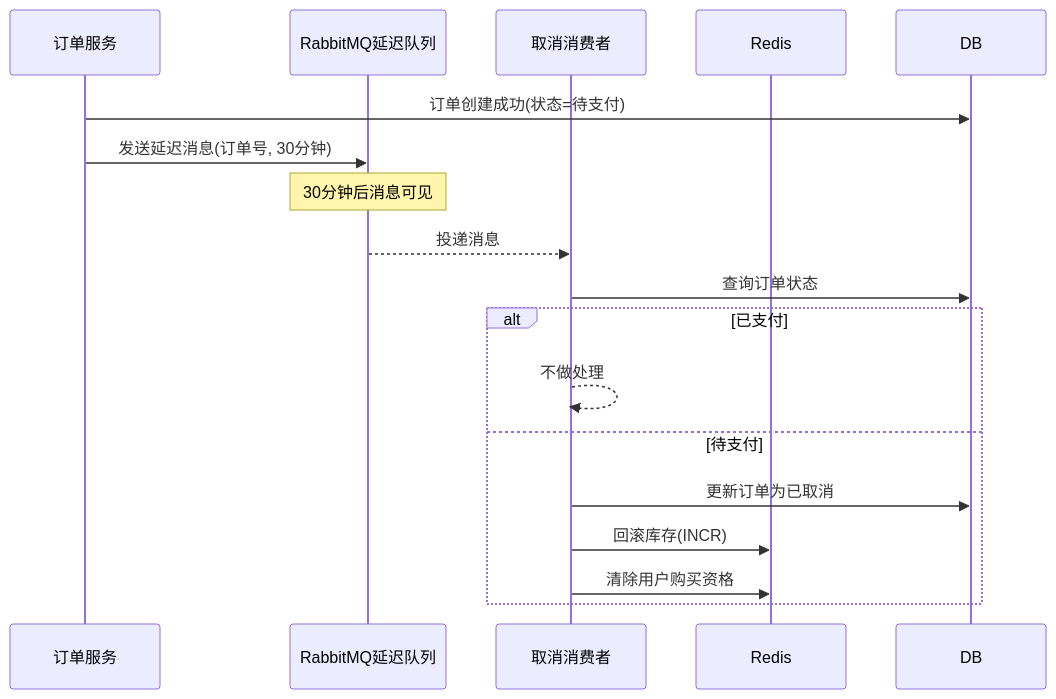
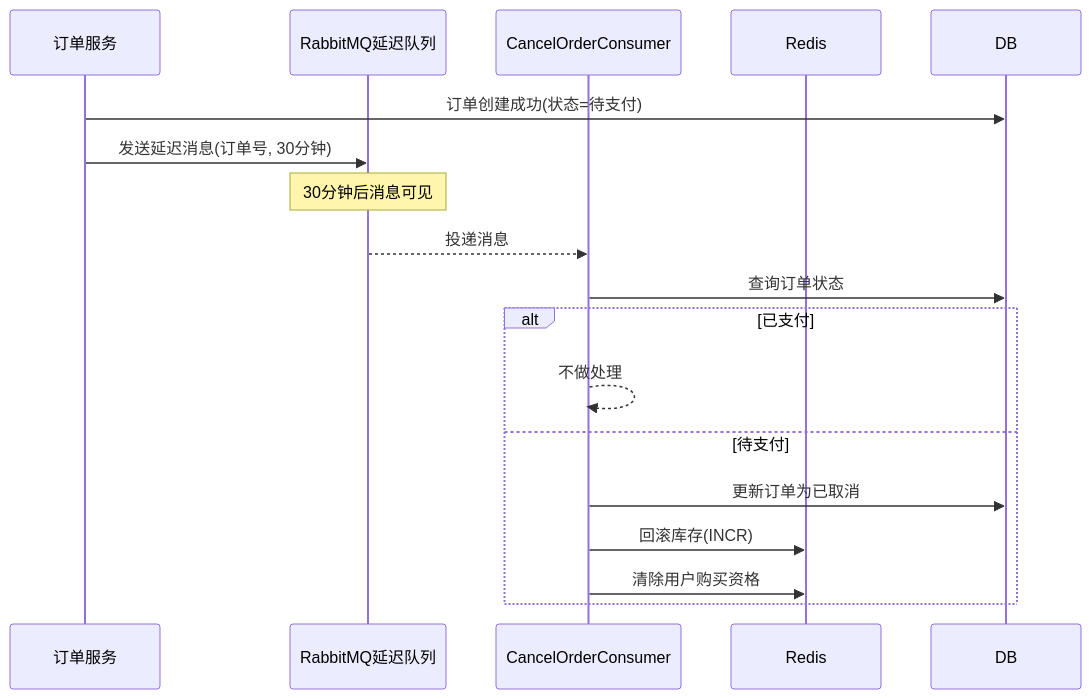
One commit to LongTouDaxia/longtou-plus changed the second of 2 diagrams in README.md. Above: the diagram before and after it, drawn with Mermaid. The commit also changed other lines of this file, not shown here.

````diff
--- a/README.md
+++ b/README.md
@@ -90,21 +87,21 @@
 ```mermaid
 sequenceDiagram
     participant Order as 订单服务
     participant MQ as RabbitMQ延迟队列
-    participant Cancel as 取消消费者
+    participant Cancel as CancelOrderConsumer
     participant Redis
     participant DB
 
     Order->>DB: 订单创建成功(状态=待支付)
     Order->>MQ: 发送延迟消息(订单号, 30分钟)
     Note over MQ: 30分钟后消息可见
     MQ-->>Cancel: 投递消息
     Cancel->>DB: 查询订单状态
     alt 已支付
         Cancel-->>Cancel: 不做处理
     else 待支付
         Cancel->>DB: 更新订单为已取消
         Cancel->>Redis: 回滚库存(INCR)
         Cancel->>Redis: 清除用户购买资格
     end
 ```
````
